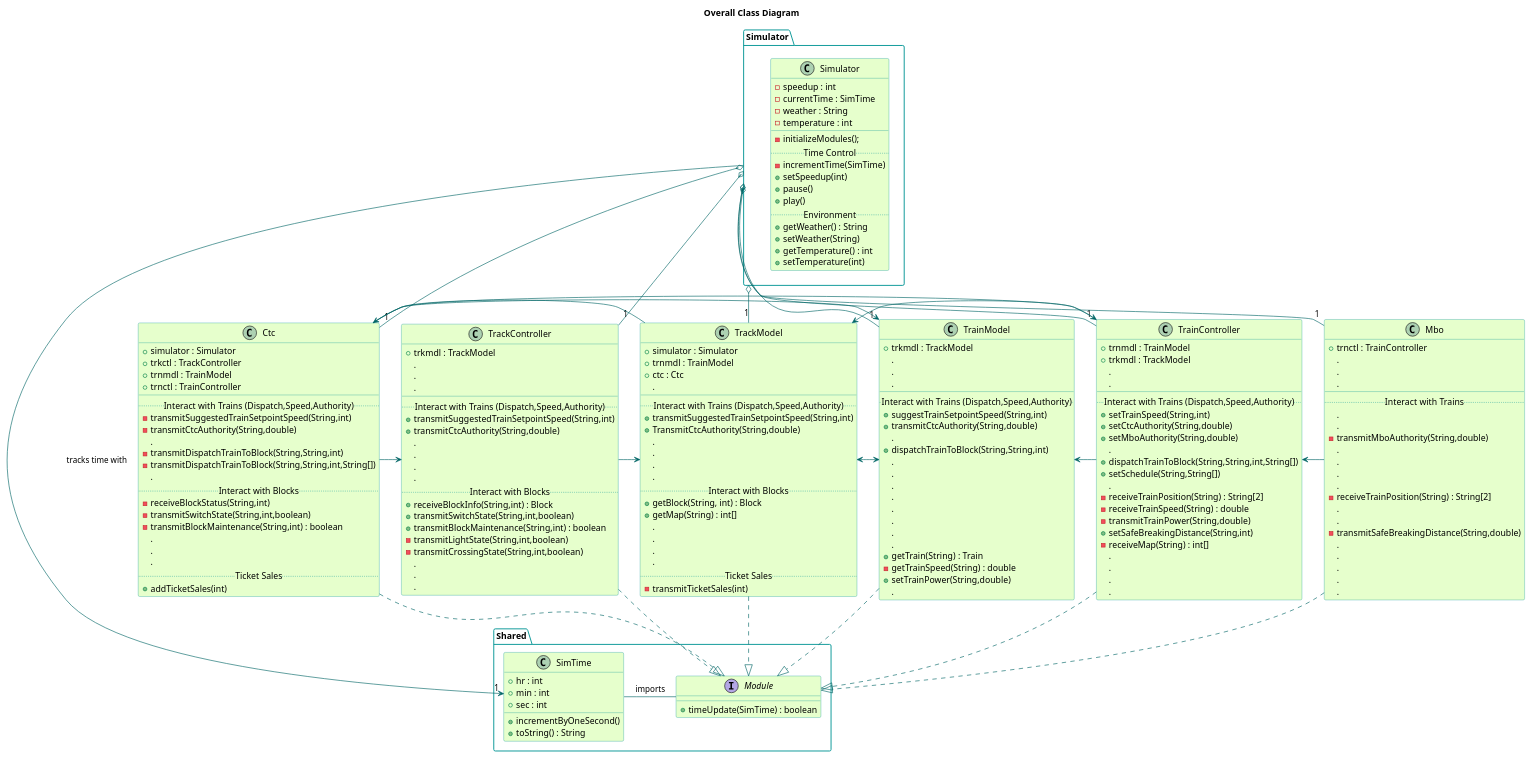
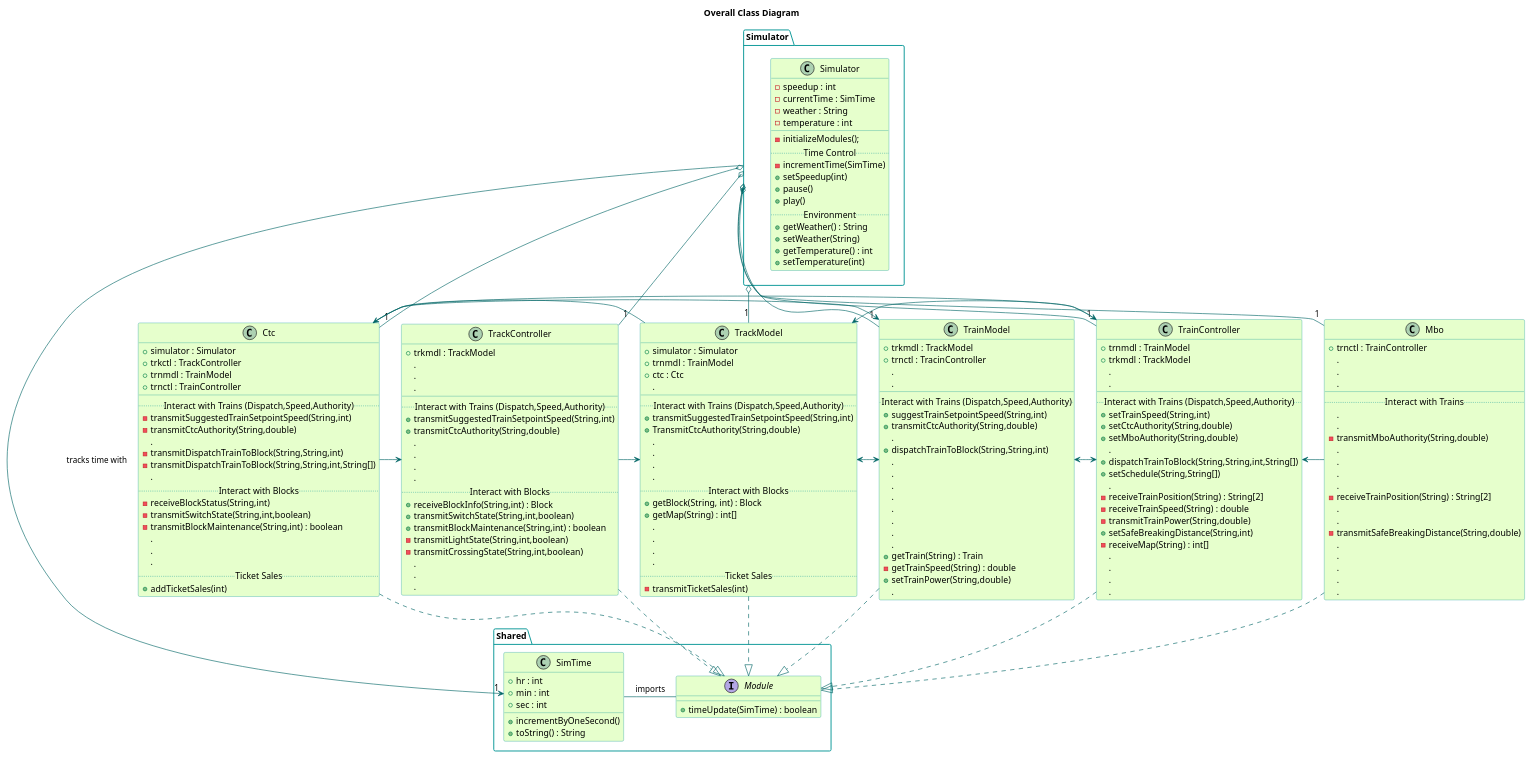
Before and after one commit to kevingilboy/COE1186: the diagram in TrainSystem/yUML/Class Diagrams/OverallClassDiagram.pu, drawn with PlantUML.

Commit message:
updated overall diagram

```diff
--- a/TrainSystem/yUML/Class Diagrams/OverallClassDiagram.pu
+++ b/TrainSystem/yUML/Class Diagrams/OverallClassDiagram.pu
@@ -111,7 +111,7 @@
 }
 class TrainModel{
   +trkmdl : TrackModel
-  .
+  +trnctl : TracinController
   .
   .
   __
@@ -203,7 +203,7 @@
 Ctc -> TrackController
 TrackController -> TrackModel
 TrackModel <-> TrainModel
-TrainModel <- TrainController
+TrainModel <-> TrainController
 TrainController <- Mbo
 
 TrainController -> TrackModel /'for getting map'/
```
